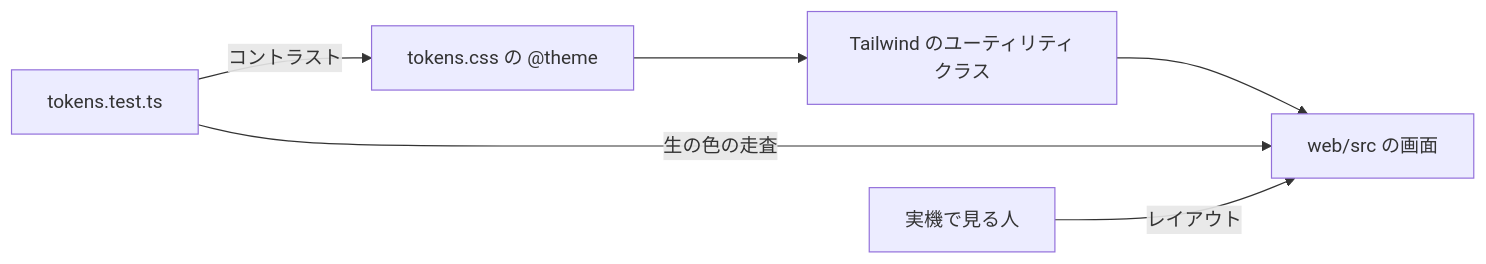
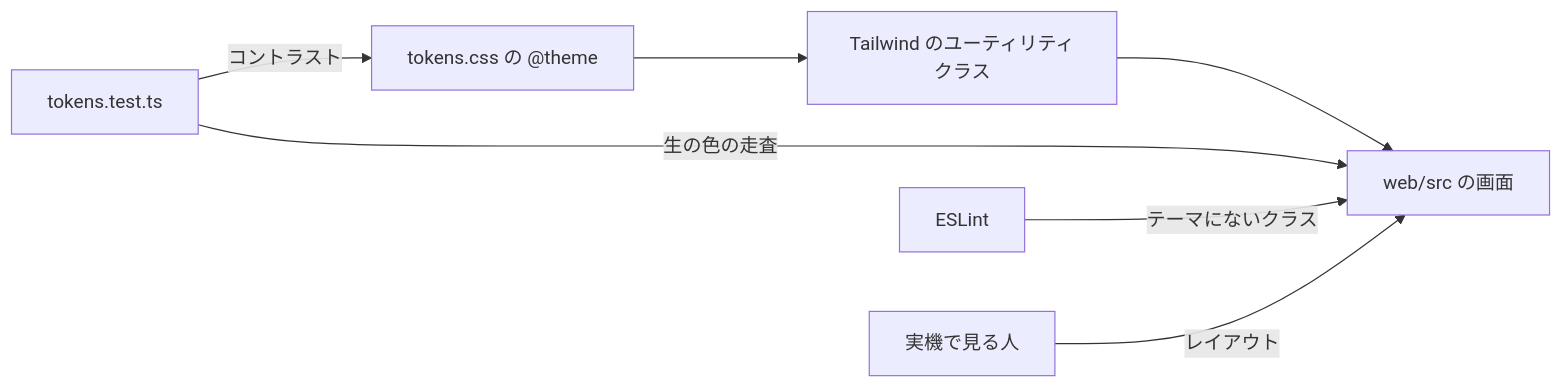
One commit to syudead/vv changed the first of 13 diagrams in translations/ja/docs/design-docs/library-ui.md. Above: the diagram before and after it, drawn with Mermaid. The commit also changed other lines of this file and 3 other files, not shown here.

````diff
--- a/translations/ja/docs/design-docs/library-ui.md
+++ b/translations/ja/docs/design-docs/library-ui.md
@@ -15,8 +15,9 @@
 ```mermaid
 flowchart LR
   theme["tokens.css の @theme"] --> classes[Tailwind のユーティリティクラス]
   classes --> screens[web/src の画面]
   test[tokens.test.ts] -->|コントラスト| theme
   test -->|生の色の走査| screens
+  lint[ESLint] -->|テーマにないクラス| screens
   people[実機で見る人] -->|レイアウト| screens
 ```
````
